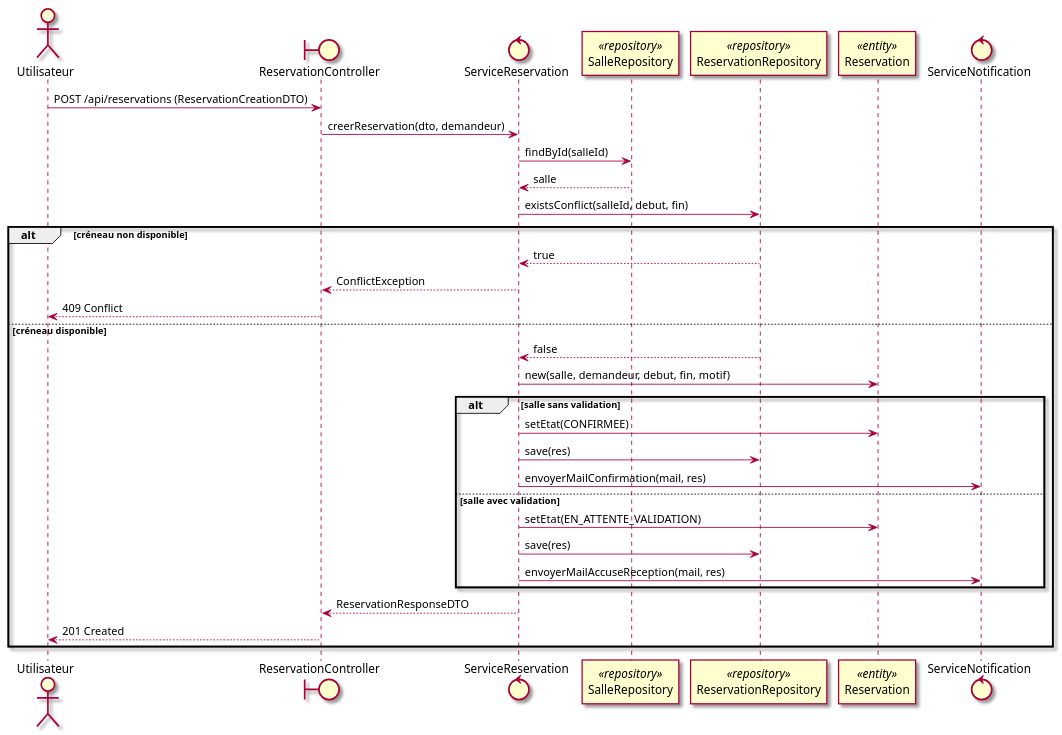
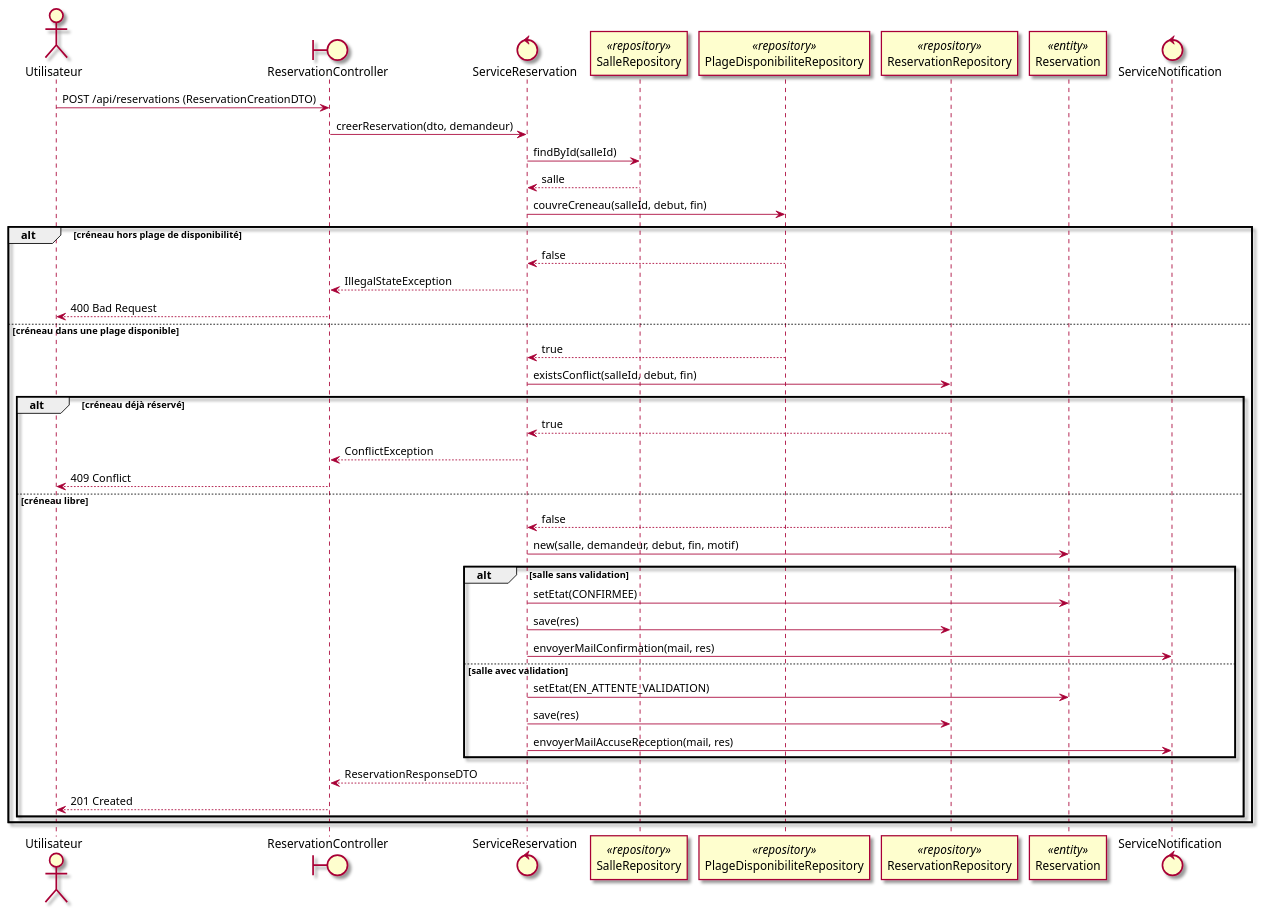
Before and after one commit to mrajaonson/glg204-room-management-system: diagram 22 of 38 in docs/03-Conception.md, drawn with PlantUML. The commit also changed other lines of this file and 4 other files, not shown here.

````diff
--- a/docs/03-Conception.md
+++ b/docs/03-Conception.md
@@ -1085,38 +1126,47 @@
 ```plantuml
 @startuml
 skin rose
 
 actor Utilisateur as u
 boundary ReservationController as ctrl
 control ServiceReservation as svc
 participant SalleRepository as salleRepo <<repository>>
+participant PlageDisponibiliteRepository as pdRepo <<repository>>
 participant ReservationRepository as resRepo <<repository>>
 participant Reservation as res <<entity>>
 control ServiceNotification as notif
 
 u -> ctrl : POST /api/reservations (ReservationCreationDTO)
 ctrl -> svc : creerReservation(dto, demandeur)
 svc -> salleRepo : findById(salleId)
 salleRepo --> svc : salle
-svc -> resRepo : existsConflict(salleId, debut, fin)
-alt créneau non disponible
-  resRepo --> svc : true
-  svc --> ctrl : ConflictException
-  ctrl --> u : 409 Conflict
-else créneau disponible
-  resRepo --> svc : false
-  svc -> res : new(salle, demandeur, debut, fin, motif)
-  alt salle sans validation
-    svc -> res : setEtat(CONFIRMEE)
-    svc -> resRepo : save(res)
-    svc -> notif : envoyerMailConfirmation(mail, res)
-  else salle avec validation
-    svc -> res : setEtat(EN_ATTENTE_VALIDATION)
-    svc -> resRepo : save(res)
-    svc -> notif : envoyerMailAccuseReception(mail, res)
+svc -> pdRepo : couvreCreneau(salleId, debut, fin)
+alt créneau hors plage de disponibilité
+  pdRepo --> svc : false
+  svc --> ctrl : IllegalStateException
+  ctrl --> u : 400 Bad Request
+else créneau dans une plage disponible
+  pdRepo --> svc : true
+  svc -> resRepo : existsConflict(salleId, debut, fin)
+  alt créneau déjà réservé
+    resRepo --> svc : true
+    svc --> ctrl : ConflictException
+    ctrl --> u : 409 Conflict
+  else créneau libre
+    resRepo --> svc : false
+    svc -> res : new(salle, demandeur, debut, fin, motif)
+    alt salle sans validation
+      svc -> res : setEtat(CONFIRMEE)
+      svc -> resRepo : save(res)
+      svc -> notif : envoyerMailConfirmation(mail, res)
+    else salle avec validation
+      svc -> res : setEtat(EN_ATTENTE_VALIDATION)
+      svc -> resRepo : save(res)
+      svc -> notif : envoyerMailAccuseReception(mail, res)
+    end
+    svc --> ctrl : ReservationResponseDTO
+    ctrl --> u : 201 Created
   end
-  svc --> ctrl : ReservationResponseDTO
-  ctrl --> u : 201 Created
 end
 @enduml
 ```
````
